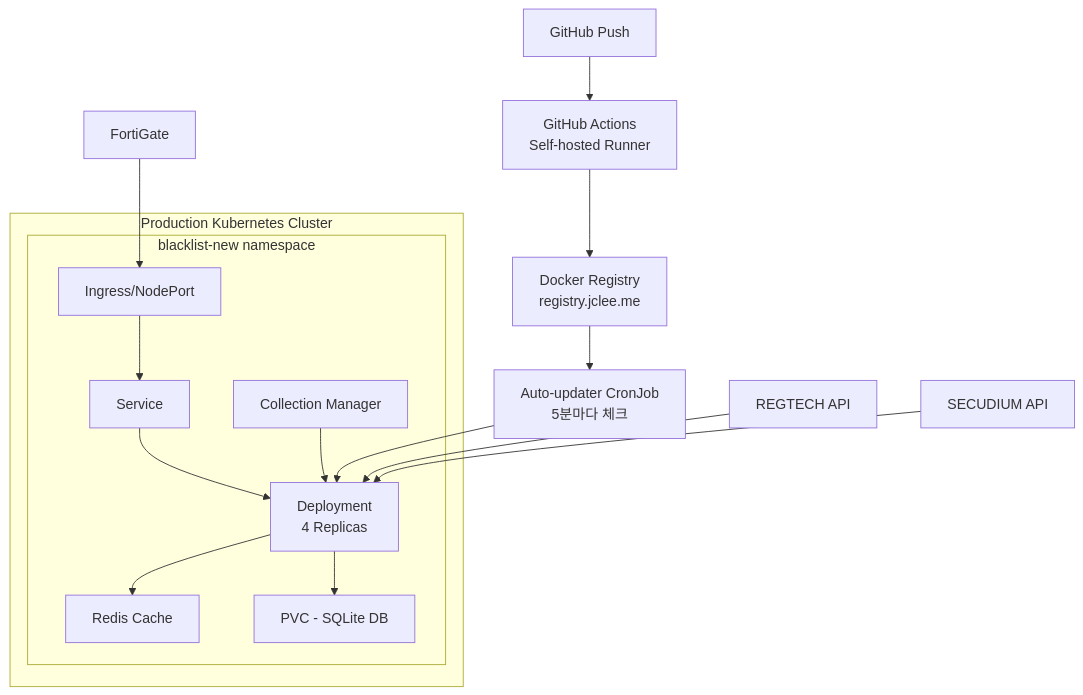
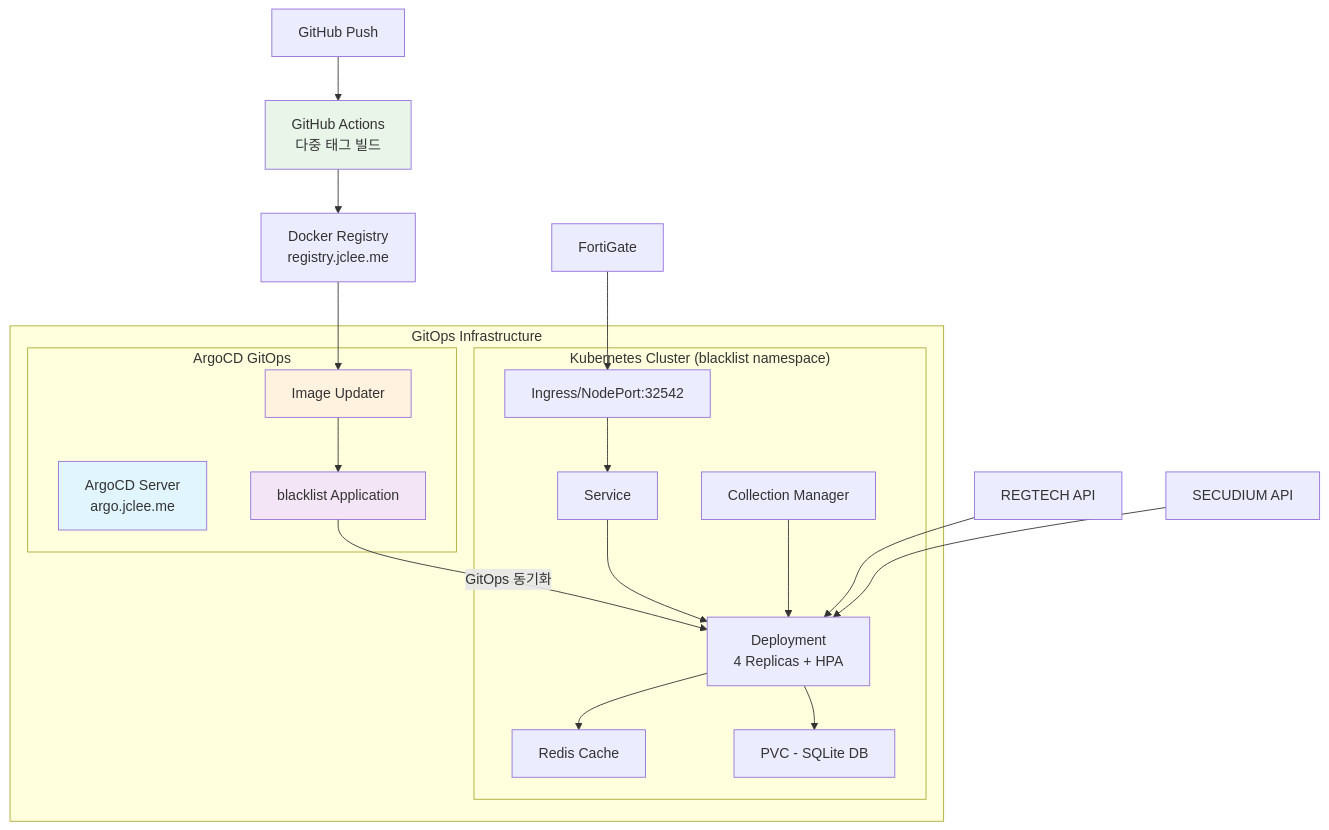
One commit to JCLEE94/blacklist changed the diagram in README.md. Above: the diagram before and after it, drawn with Mermaid. The commit also changed other lines of this file and 23 other files, not shown here.

First line of the commit message:
feat: GitHub Actions 워크플로우 정리 및 ArgoCD 완전 자동화 설정 완료

````diff
--- a/README.md
+++ b/README.md
@@ -16,21 +17,33 @@
 ```mermaid
 graph TB
-    subgraph "Production Kubernetes Cluster"
-        subgraph "blacklist-new namespace"
-            A[Ingress/NodePort] --> B[Service]
-            B --> C[Deployment<br/>4 Replicas]
+    subgraph "GitOps Infrastructure"
+        subgraph "ArgoCD GitOps"
+            ARG[ArgoCD Server<br/>argo.jclee.me]
+            APP[blacklist Application]
+            IMG[Image Updater]
+        end
+        
+        subgraph "Kubernetes Cluster (blacklist namespace)"
+            A[Ingress/NodePort:32542] --> B[Service]
+            B --> C[Deployment<br/>4 Replicas + HPA]
             C --> D[Redis Cache]
             C --> E[PVC - SQLite DB]
             F[Collection Manager] --> C
         end
     end
     
-    H[GitHub Push] --> I[GitHub Actions<br/>Self-hosted Runner]
+    H[GitHub Push] --> I[GitHub Actions<br/>다중 태그 빌드]
     I --> J[Docker Registry<br/>registry.jclee.me]
-    J --> K[Auto-updater CronJob<br/>5분마다 체크]
-    K --> C
+    J --> IMG
+    IMG --> APP
+    APP --> |GitOps 동기화| C
     
     L[REGTECH API] --> C
     M[SECUDIUM API] --> C
     N[FortiGate] --> A
+    
+    style ARG fill:#e1f5fe
+    style APP fill:#f3e5f5
+    style IMG fill:#fff3e0
+    style I fill:#e8f5e8
 ```
````
